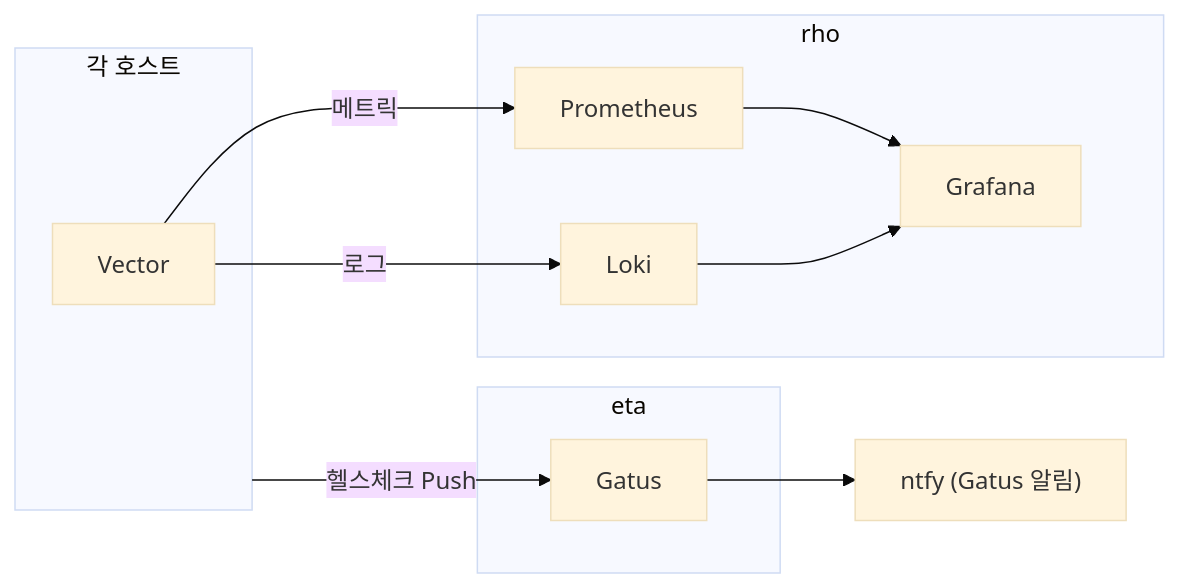
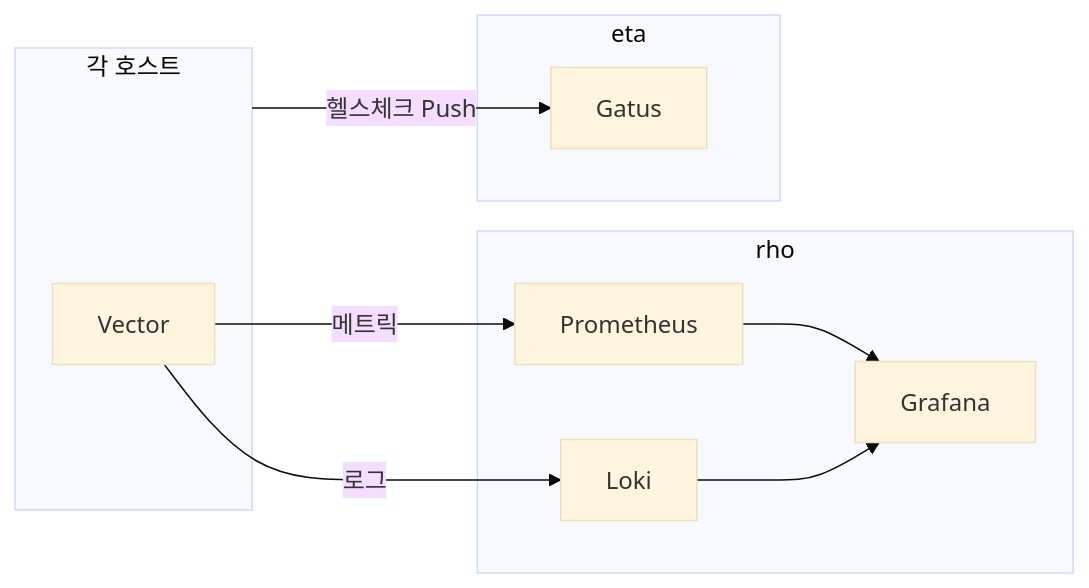
Before and after one commit to SBEE-Lab/infra: the diagram in docs/admin/monitoring.md, drawn with Mermaid (base theme). The commit also changed other lines of this file and 11 other files, not shown here.

````diff
--- a/docs/admin/monitoring.md
+++ b/docs/admin/monitoring.md
@@ -16,25 +16,22 @@
 ```mermaid
 flowchart LR
   subgraph hosts["각 호스트"]
     vec["Vector"]
   end
 
   subgraph rho["rho"]
     prom["Prometheus"]
     loki["Loki"]
     graf["Grafana"]
   end
 
   subgraph eta["eta"]
     gatus["Gatus"]
   end
 
-  ntfy["ntfy (Gatus 알림)"]
-
   vec -- "메트릭" --> prom
   vec -- "로그" --> loki
   prom --> graf
   loki --> graf
   hosts -- "헬스체크 Push" --> gatus
-  gatus --> ntfy
 ```
````
